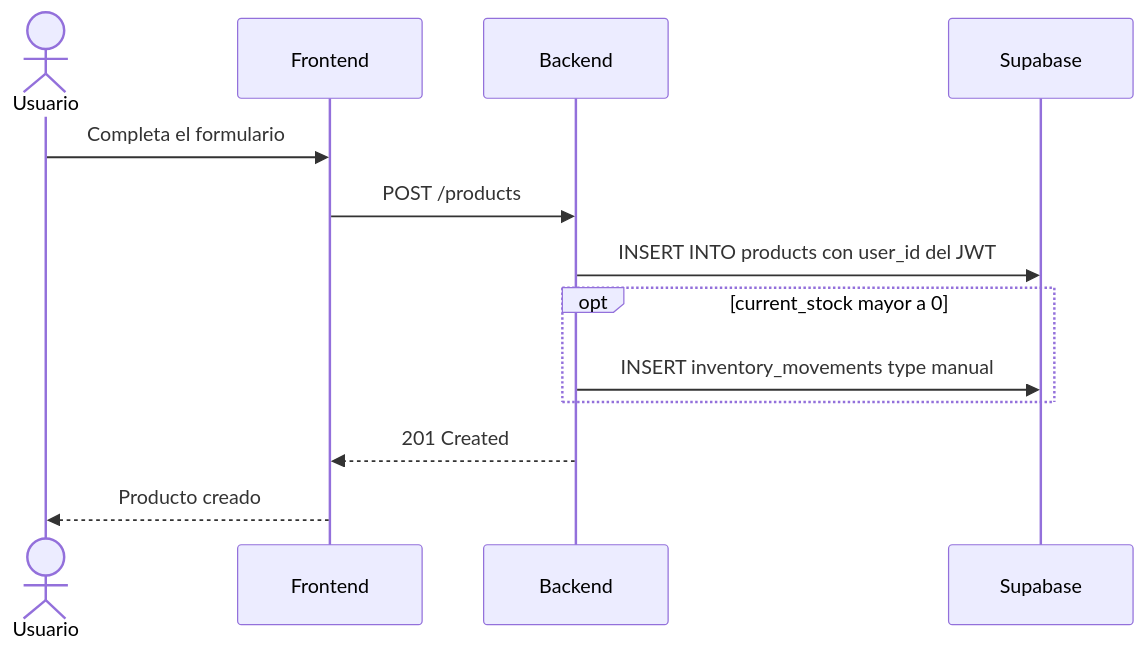
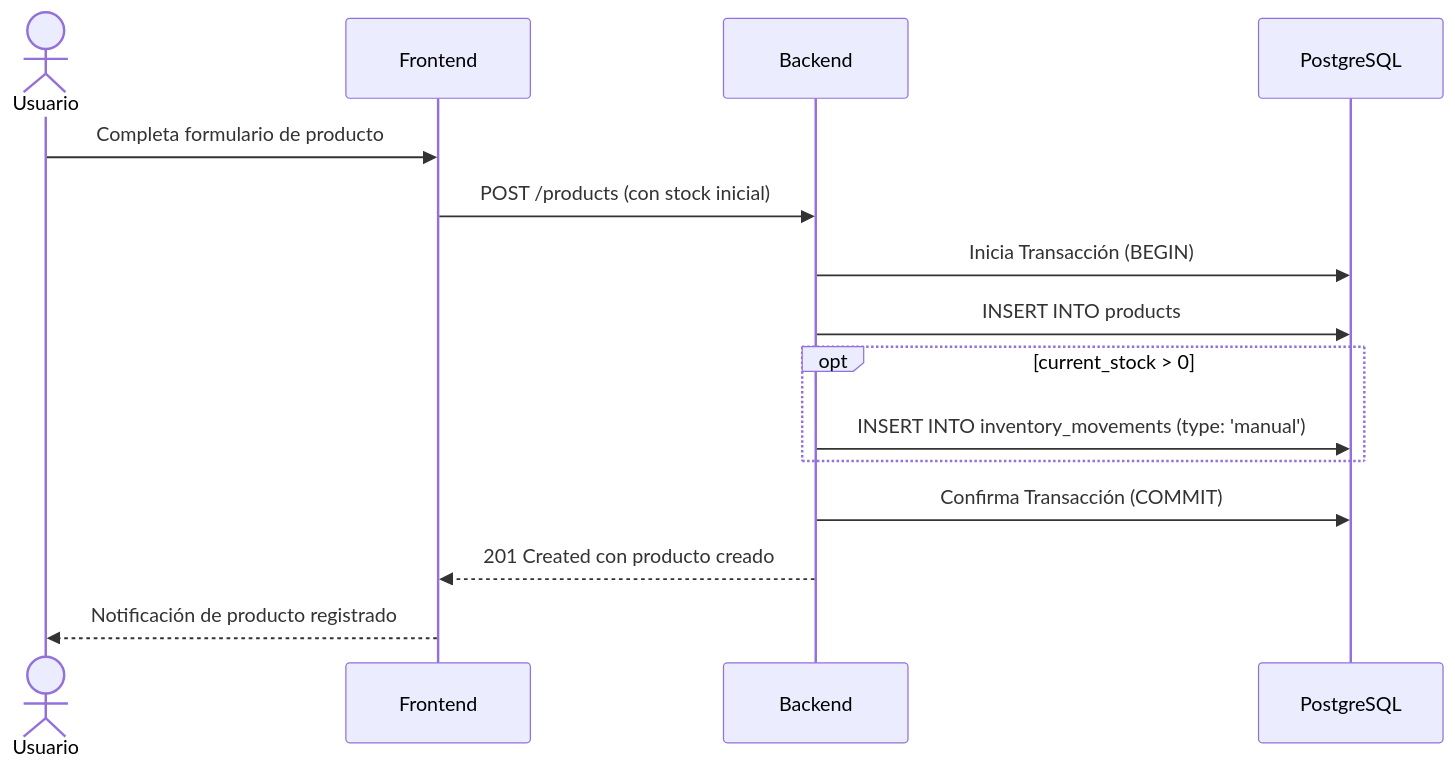
Before and after one commit to AlejandroPedrosa/Nido-SmartHome: the third of 8 diagrams in docs/modulos.md, drawn with Mermaid. The commit also changed other lines of this file and 8 other files, not shown here.

````diff
--- a/docs/modulos.md
+++ b/docs/modulos.md
@@ -424,16 +484,18 @@
 ```mermaid
 sequenceDiagram
     actor U as Usuario
     participant F as Frontend
     participant B as Backend
-    participant DB as Supabase
+    participant DB as PostgreSQL
 
-    U->>F: Completa el formulario
-    F->>B: POST /products
-    B->>DB: INSERT INTO products con user_id del JWT
-    opt current_stock mayor a 0
-        B->>DB: INSERT inventory_movements type manual
+    U->>F: Completa formulario de producto
+    F->>B: POST /products (con stock inicial)
+    B->>DB: Inicia Transacción (BEGIN)
+    B->>DB: INSERT INTO products
+    opt current_stock > 0
+        B->>DB: INSERT INTO inventory_movements (type: 'manual')
     end
-    B-->>F: 201 Created
-    F-->>U: Producto creado
+    B->>DB: Confirma Transacción (COMMIT)
+    B-->>F: 201 Created con producto creado
+    F-->>U: Notificación de producto registrado
 ```
````
